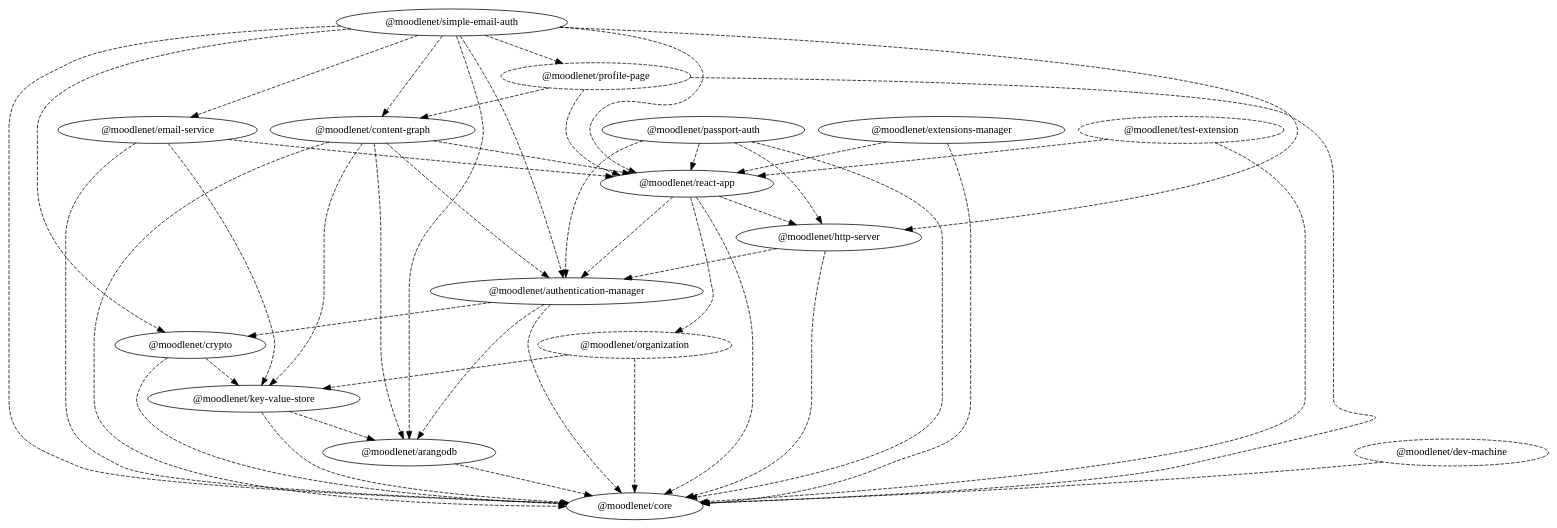
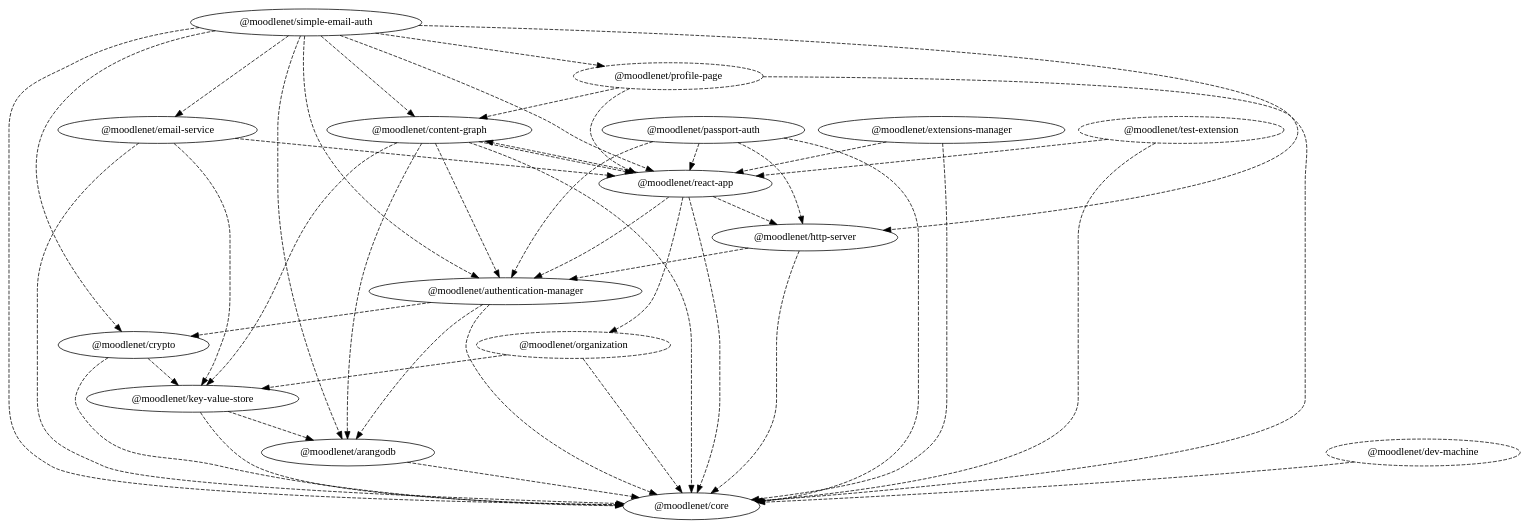
Before and after one commit to moodle/moodlenet: the diagram in dependency-graph.dot, drawn with Graphviz. The commit also changed 2 other files, not shown here.

Commit message:
ContentGraph createNode option.authenticableBy for authenticable nodes ContentGraph maintains userId->content-node association Profile extends ContentGraph simple email auth creates profile with auth assoc message meta -> context auth-mng client session message context get/set httpserver uses it contentGraph.getMyUserNode react-app ----> content-graph content-graph - / -> react-app simpleemailauth ---> profile simpleemailauth ---> content-graph

```diff
--- a/dependency-graph.dot
+++ b/dependency-graph.dot
@@ -1,63 +1,65 @@
 digraph G {
   "@moodlenet/arangodb";
   "@moodlenet/core";
   "@moodlenet/authentication-manager";
   "@moodlenet/crypto";
   "@moodlenet/content-graph";
   "@moodlenet/key-value-store";
   "@moodlenet/react-app";
   "@moodlenet/dev-machine" [ style = "dashed" ];
   "@moodlenet/email-service";
+  "@moodlenet/react-app";
   "@moodlenet/extensions-manager";
   "@moodlenet/http-server";
   "@moodlenet/organization" [ style = "dashed" ];
   "@moodlenet/passport-auth";
   "@moodlenet/profile-page" [ style = "dashed" ];
   "@moodlenet/simple-email-auth";
   "@moodlenet/test-extension" [ style = "dashed" ];
   "@moodlenet/arangodb" -> "@moodlenet/core" [ style = "dashed" ];
   "@moodlenet/authentication-manager" -> "@moodlenet/arangodb" [ style = "dashed" ];
   "@moodlenet/authentication-manager" -> "@moodlenet/core" [ style = "dashed" ];
   "@moodlenet/authentication-manager" -> "@moodlenet/crypto" [ style = "dashed" ];
   "@moodlenet/content-graph" -> "@moodlenet/arangodb" [ style = "dashed" ];
   "@moodlenet/content-graph" -> "@moodlenet/authentication-manager" [ style = "dashed" ];
   "@moodlenet/content-graph" -> "@moodlenet/core" [ style = "dashed" ];
   "@moodlenet/content-graph" -> "@moodlenet/key-value-store" [ style = "dashed" ];
   "@moodlenet/content-graph" -> "@moodlenet/react-app" [ style = "dashed" ];
   "@moodlenet/crypto" -> "@moodlenet/core" [ style = "dashed" ];
   "@moodlenet/crypto" -> "@moodlenet/key-value-store" [ style = "dashed" ];
   "@moodlenet/dev-machine" -> "@moodlenet/core" [ style = "dashed" ];
   "@moodlenet/email-service" -> "@moodlenet/core" [ style = "dashed" ];
   "@moodlenet/email-service" -> "@moodlenet/key-value-store" [ style = "dashed" ];
   "@moodlenet/email-service" -> "@moodlenet/react-app" [ style = "dashed" ];
   "@moodlenet/extensions-manager" -> "@moodlenet/core" [ style = "dashed" ];
   "@moodlenet/extensions-manager" -> "@moodlenet/react-app" [ style = "dashed" ];
   "@moodlenet/http-server" -> "@moodlenet/authentication-manager" [ style = "dashed" ];
   "@moodlenet/http-server" -> "@moodlenet/core" [ style = "dashed" ];
   "@moodlenet/key-value-store" -> "@moodlenet/arangodb" [ style = "dashed" ];
   "@moodlenet/key-value-store" -> "@moodlenet/core" [ style = "dashed" ];
   "@moodlenet/organization" -> "@moodlenet/core" [ style = "dashed" ];
   "@moodlenet/organization" -> "@moodlenet/key-value-store" [ style = "dashed" ];
   "@moodlenet/passport-auth" -> "@moodlenet/authentication-manager" [ style = "dashed" ];
   "@moodlenet/passport-auth" -> "@moodlenet/core" [ style = "dashed" ];
   "@moodlenet/passport-auth" -> "@moodlenet/http-server" [ style = "dashed" ];
   "@moodlenet/passport-auth" -> "@moodlenet/react-app" [ style = "dashed" ];
   "@moodlenet/profile-page" -> "@moodlenet/content-graph" [ style = "dashed" ];
   "@moodlenet/profile-page" -> "@moodlenet/core" [ style = "dashed" ];
   "@moodlenet/profile-page" -> "@moodlenet/react-app" [ style = "dashed" ];
   "@moodlenet/react-app" -> "@moodlenet/authentication-manager" [ style = "dashed" ];
   "@moodlenet/react-app" -> "@moodlenet/core" [ style = "dashed" ];
   "@moodlenet/react-app" -> "@moodlenet/http-server" [ style = "dashed" ];
   "@moodlenet/react-app" -> "@moodlenet/organization" [ style = "dashed" ];
+  "@moodlenet/react-app" -> "@moodlenet/content-graph" [ style = "dashed" ];
   "@moodlenet/simple-email-auth" -> "@moodlenet/arangodb" [ style = "dashed" ];
   "@moodlenet/simple-email-auth" -> "@moodlenet/authentication-manager" [ style = "dashed" ];
   "@moodlenet/simple-email-auth" -> "@moodlenet/content-graph" [ style = "dashed" ];
   "@moodlenet/simple-email-auth" -> "@moodlenet/core" [ style = "dashed" ];
   "@moodlenet/simple-email-auth" -> "@moodlenet/crypto" [ style = "dashed" ];
   "@moodlenet/simple-email-auth" -> "@moodlenet/email-service" [ style = "dashed" ];
   "@moodlenet/simple-email-auth" -> "@moodlenet/http-server" [ style = "dashed" ];
   "@moodlenet/simple-email-auth" -> "@moodlenet/react-app" [ style = "dashed" ];
   "@moodlenet/simple-email-auth" -> "@moodlenet/profile-page" [ style = "dashed" ];
   "@moodlenet/test-extension" -> "@moodlenet/core" [ style = "dashed" ];
   "@moodlenet/test-extension" -> "@moodlenet/react-app" [ style = "dashed" ];
 }
```
